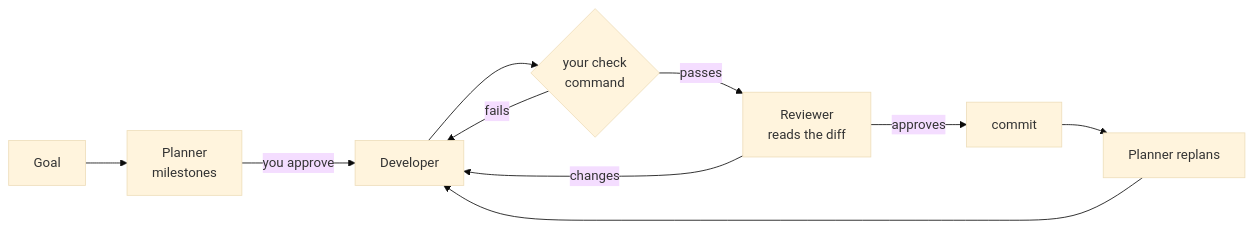
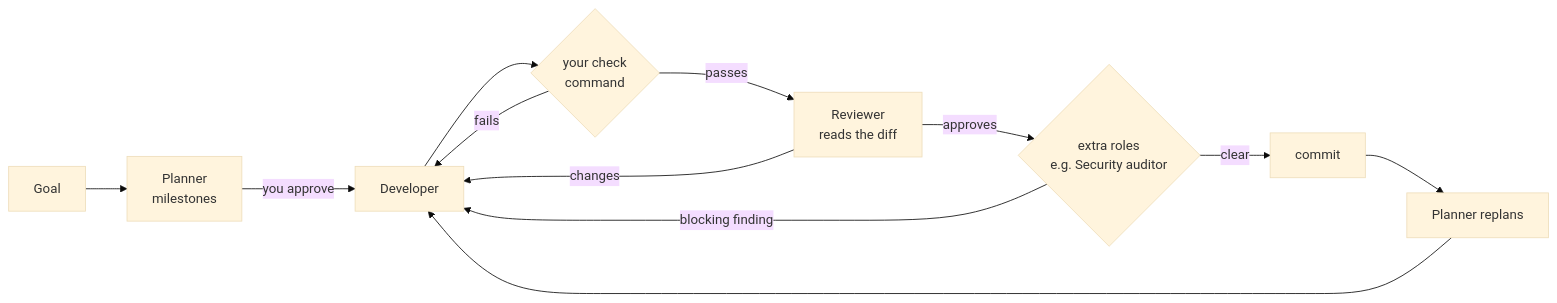
One commit to halilibrahimd27/kovan changed the diagram in README.md. Above: the diagram before and after it, drawn with Mermaid (base theme). The commit also changed other lines of this file and 11 other files, not shown here.

````diff
--- a/README.md
+++ b/README.md
@@ -74,11 +75,13 @@
 ```mermaid
 flowchart LR
     G[Goal] --> P[Planner<br>milestones]
     P -->|you approve| D[Developer]
     D --> C{your check<br>command}
     C -->|fails| D
     C -->|passes| R[Reviewer<br>reads the diff]
     R -->|changes| D
-    R -->|approves| K[commit]
+    R -->|approves| A{extra roles<br>e.g. Security auditor}
+    A -->|blocking finding| D
+    A -->|clear| K[commit]
     K --> RP[Planner replans] --> D
 ```
````
